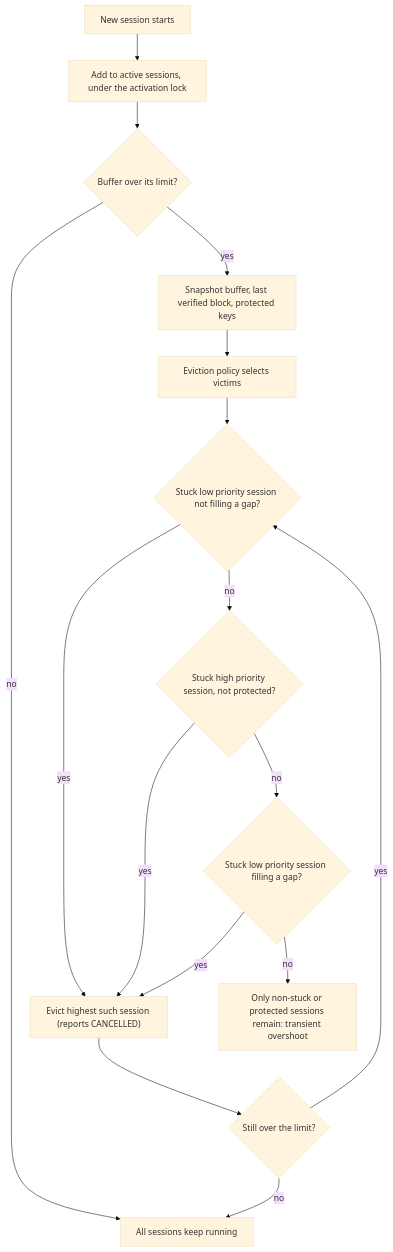
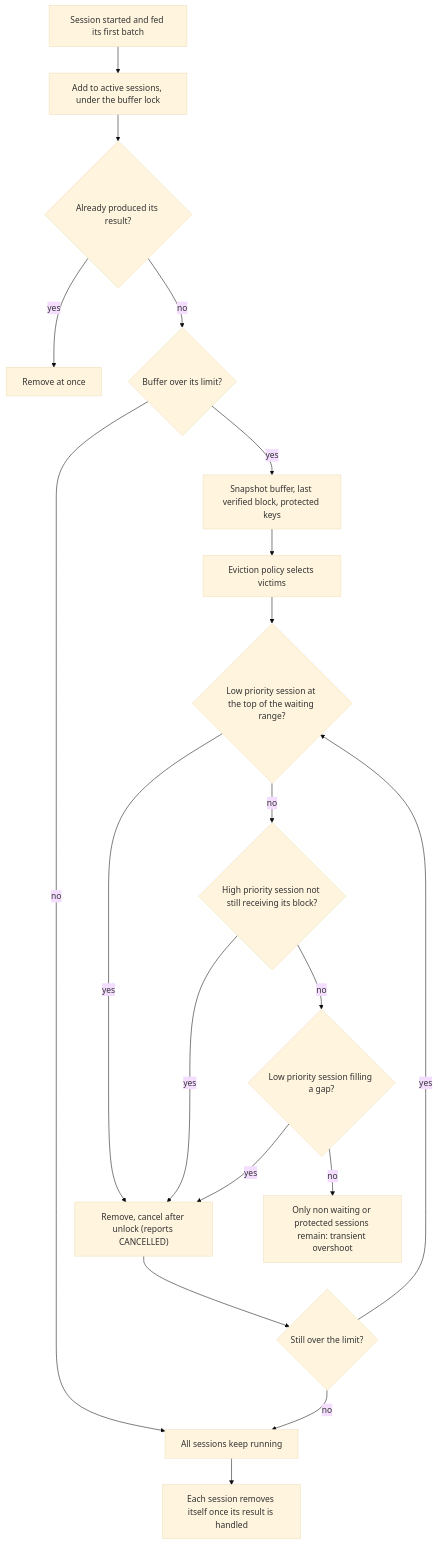
Before and after one commit to hiero-ledger/hiero-block-node: the fifth of 5 diagrams in docs/design/block-verification.md, drawn with Mermaid (base theme). The commit also changed other lines of this file and 21 other files, not shown here.

````diff
--- a/docs/design/block-verification.md
+++ b/docs/design/block-verification.md
@@ -395,18 +425,21 @@
 ```mermaid
 flowchart TD
-    NS[New session starts] --> ADD[Add to active sessions, under the activation lock]
-    ADD --> FULL{Buffer over its limit?}
+    NS[Session started and fed its first batch] --> ADD[Add to active sessions, under the buffer lock]
+    ADD --> DONE{Already produced its result?}
+    DONE -- yes --> GONE[Remove at once]
+    DONE -- no --> FULL{Buffer over its limit?}
     FULL -- no --> RUN[All sessions keep running]
     FULL -- yes --> SNAP[Snapshot buffer, last verified block, protected keys]
     SNAP --> POL[Eviction policy selects victims]
-    POL --> T1{"Stuck low priority session not filling a gap?"}
-    T1 -- yes --> EV["Evict highest such session (reports CANCELLED)"]
-    T1 -- no --> T2{"Stuck high priority session, not protected?"}
+    POL --> T1{"Low priority session at the top of the waiting range?"}
+    T1 -- yes --> EV["Remove, cancel after unlock (reports CANCELLED)"]
+    T1 -- no --> T2{"High priority session not still receiving its block?"}
     T2 -- yes --> EV
-    T2 -- no --> T3{"Stuck low priority session filling a gap?"}
+    T2 -- no --> T3{"Low priority session filling a gap?"}
     T3 -- yes --> EV
-    T3 -- no --> OVER[Only non-stuck or protected sessions remain: transient overshoot]
+    T3 -- no --> OVER[Only non waiting or protected sessions remain: transient overshoot]
     EV --> AGAIN{Still over the limit?}
     AGAIN -- yes --> T1
     AGAIN -- no --> RUN
+    RUN --> SELF[Each session removes itself once its result is handled]
 ```
````
